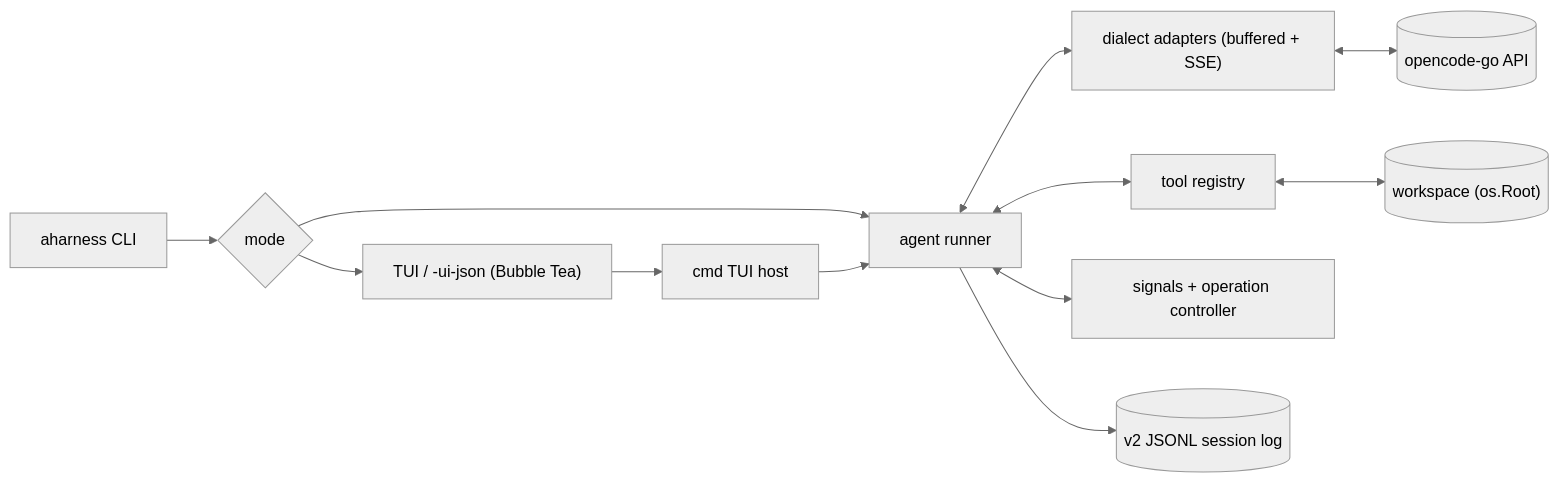
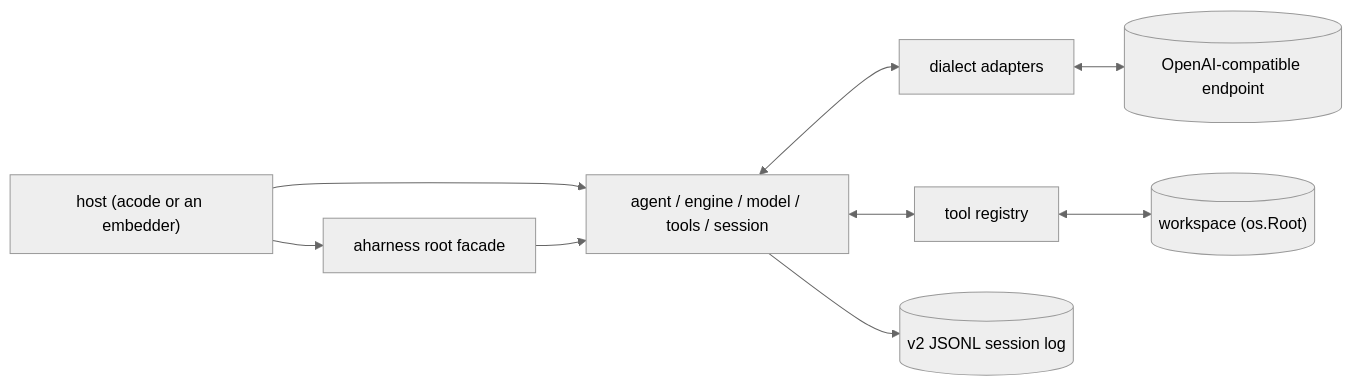
Before and after one commit to eddiectc/aharness: the diagram in docs/architecture.md, drawn with Mermaid (neutral theme). The commit also changed other lines of this file and 265 other files, not shown here.

````diff
--- a/docs/architecture.md
+++ b/docs/architecture.md
@@ -18,14 +28,11 @@
 ```mermaid
 flowchart LR
-  cli["aharness CLI"] --> modes{"mode"}
-  modes --> tui["TUI / -ui-json (Bubble Tea)"]
-  modes --> runner["agent runner"]
-  tui --> host["cmd TUI host"]
-  host --> runner
-  runner <--> model["dialect adapters (buffered + SSE)"]
-  runner <--> tools["tool registry"]
-  runner <--> control["signals + operation controller"]
-  runner --> session[("v2 JSONL session log")]
+  host["host (acode or an embedder)"] --> facade["aharness root facade"]
+  host --> components["agent / engine / model / tools / session"]
+  facade --> components
+  components <--> model["dialect adapters"]
+  components <--> tools["tool registry"]
+  components --> session[("v2 JSONL session log")]
   tools <--> workspace[("workspace (os.Root)")]
-  model <--> api[(opencode-go API)]
+  model <--> api[(OpenAI-compatible endpoint)]
 ```
````
